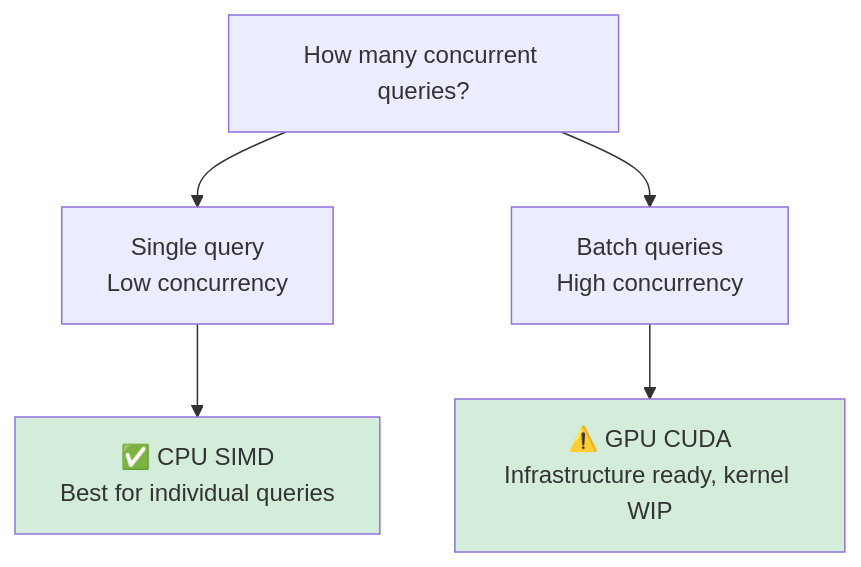
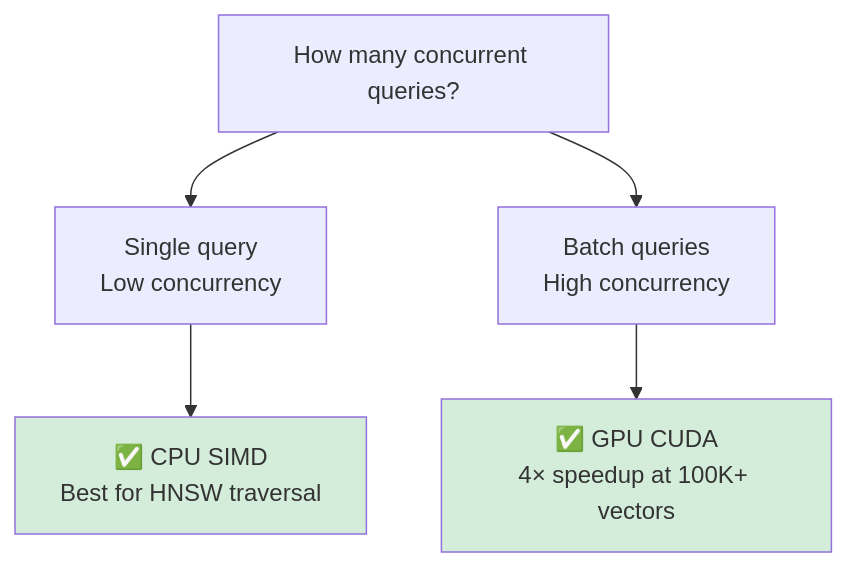
Before and after one commit to spectrayan/spector-search: the first of 3 diagrams in docs/docs/architecture/gpu-acceleration.md, drawn with Mermaid. The commit also changed other lines of this file and 3 other files, not shown here.

First line of the commit message:
feat: GPU-resident brute-force search with 4× measured speedup at 1M vectors

````diff
--- a/docs/docs/architecture/gpu-acceleration.md
+++ b/docs/docs/architecture/gpu-acceleration.md
@@ -9,11 +9,11 @@
 ```mermaid
 graph TD
     Q["How many concurrent queries?"] --> Single["Single query<br/>Low concurrency"]
     Q --> Batch["Batch queries<br/>High concurrency"]
     
-    Single --> CPU["✅ CPU SIMD<br/>Best for individual queries"]
-    Batch --> GPU["⚠️ GPU CUDA<br/>Infrastructure ready, kernel WIP"]
+    Single --> CPU["✅ CPU SIMD<br/>Best for HNSW traversal"]
+    Batch --> GPU["✅ GPU CUDA<br/>4× speedup at 100K+ vectors"]
     
     style CPU fill:#d4edda
     style GPU fill:#d4edda
 ```
````
